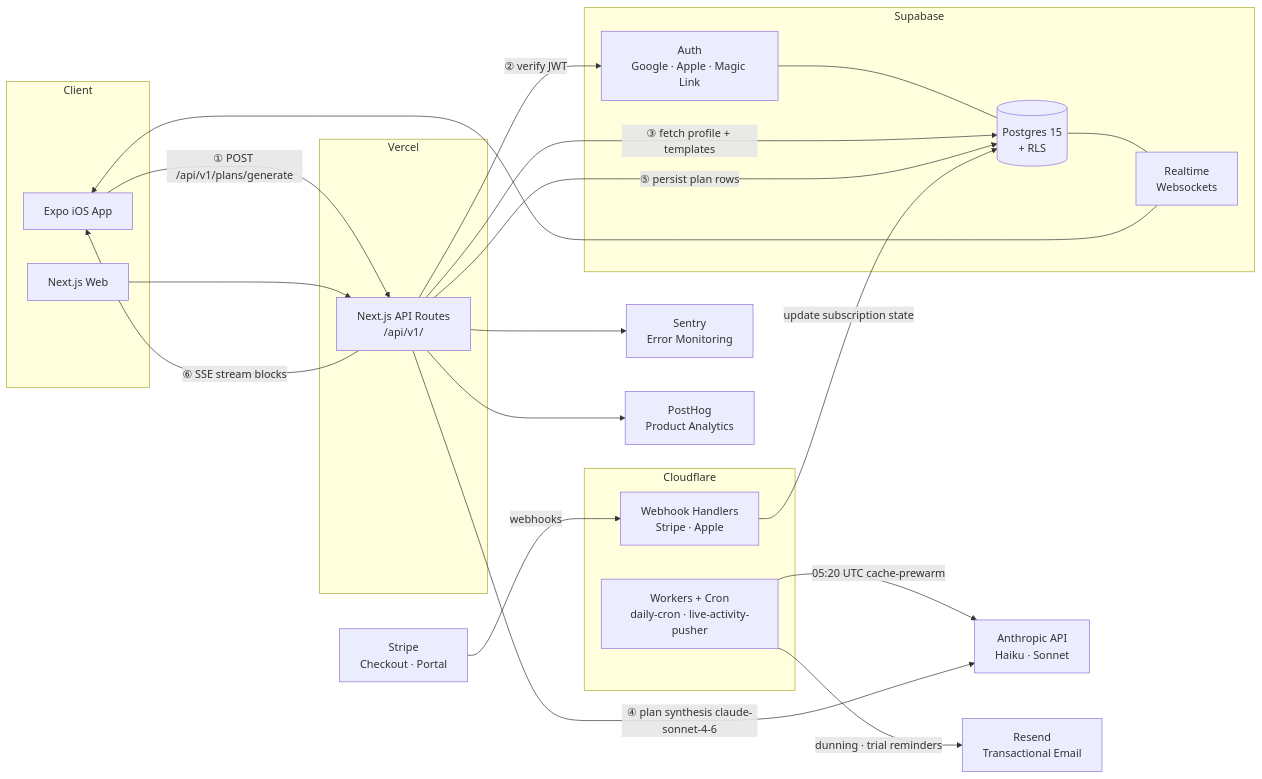
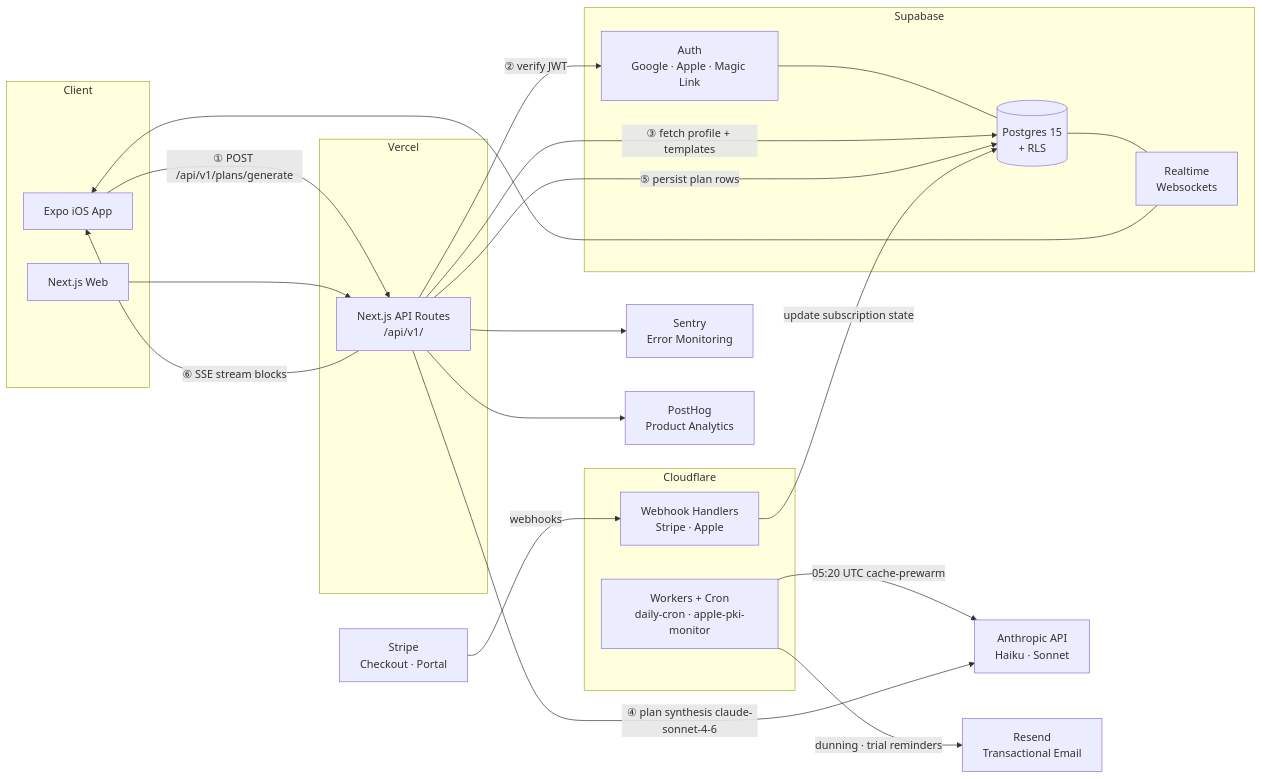
Before and after one commit to Vesper-day/Vesper: the diagram in README.md, drawn with Mermaid. The commit also changed other lines of this file, not shown here.

````diff
--- a/README.md
+++ b/README.md
@@ -47,45 +47,45 @@
 ```mermaid
 flowchart LR
     subgraph Client
         Expo[Expo iOS App]
         NextWeb[Next.js Web]
     end
 
     subgraph Vercel
         API[Next.js API Routes\n/api/v1/]
     end
 
     subgraph Supabase
         Auth[Auth\nGoogle · Apple · Magic Link]
         DB[(Postgres 15\n+ RLS)]
         RT[Realtime\nWebsockets]
     end
 
     subgraph Cloudflare
-        Workers[Workers + Cron\ndaily-cron · live-activity-pusher]
+        Workers[Workers + Cron\ndaily-cron · apple-pki-monitor]
         WH[Webhook Handlers\nStripe · Apple]
     end
 
     Anthropic[Anthropic API\nHaiku · Sonnet]
     Stripe[Stripe\nCheckout · Portal]
     Resend[Resend\nTransactional Email]
     Sentry[Sentry\nError Monitoring]
     PostHog[PostHog\nProduct Analytics]
 
     Expo -->|"① POST /api/v1/plans/generate"| API
     NextWeb --> API
     API -->|"② verify JWT"| Auth
     Auth --- DB
     API -->|"③ fetch profile + templates"| DB
     Workers -->|"05:20 UTC cache-prewarm"| Anthropic
     API -->|"④ plan synthesis claude-sonnet-4-6"| Anthropic
     API -->|"⑤ persist plan rows"| DB
     API -->|"⑥ SSE stream blocks"| Expo
     DB --- RT
     RT --> Expo
     Stripe -->|webhooks| WH
     WH -->|update subscription state| DB
     Workers -->|dunning · trial reminders| Resend
     API --> Sentry
     API --> PostHog
 ```
````
